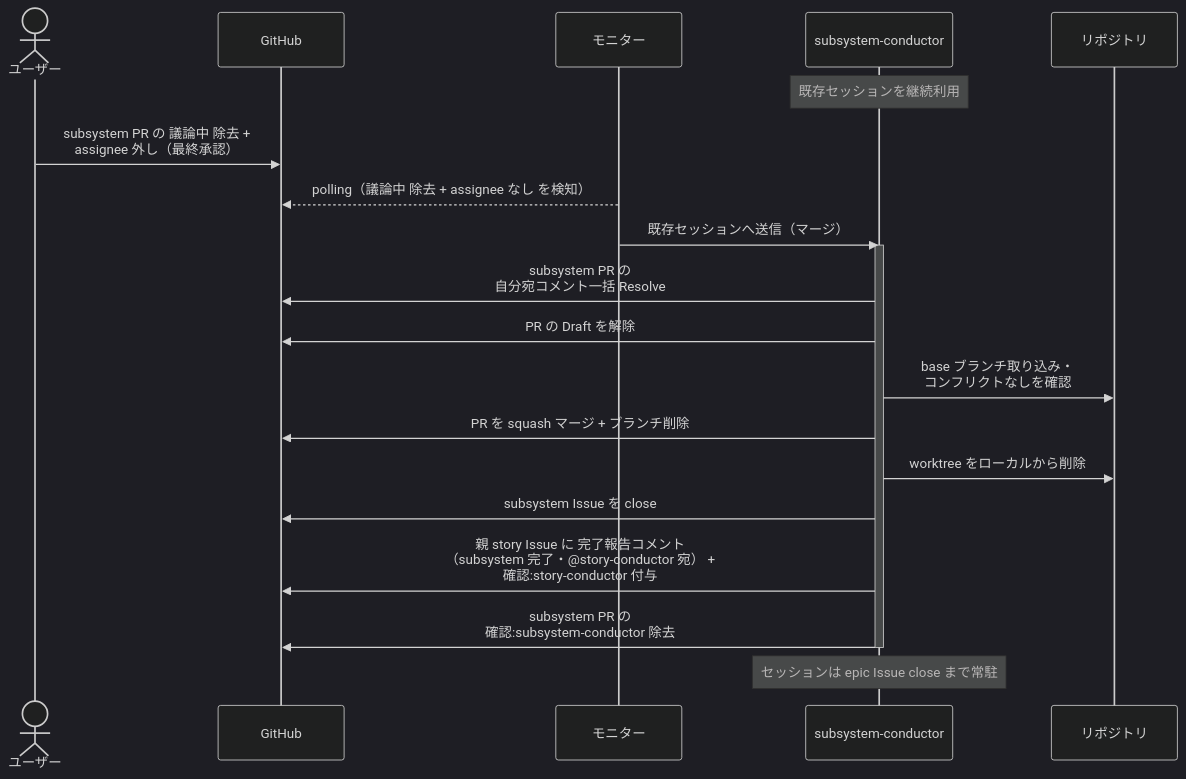
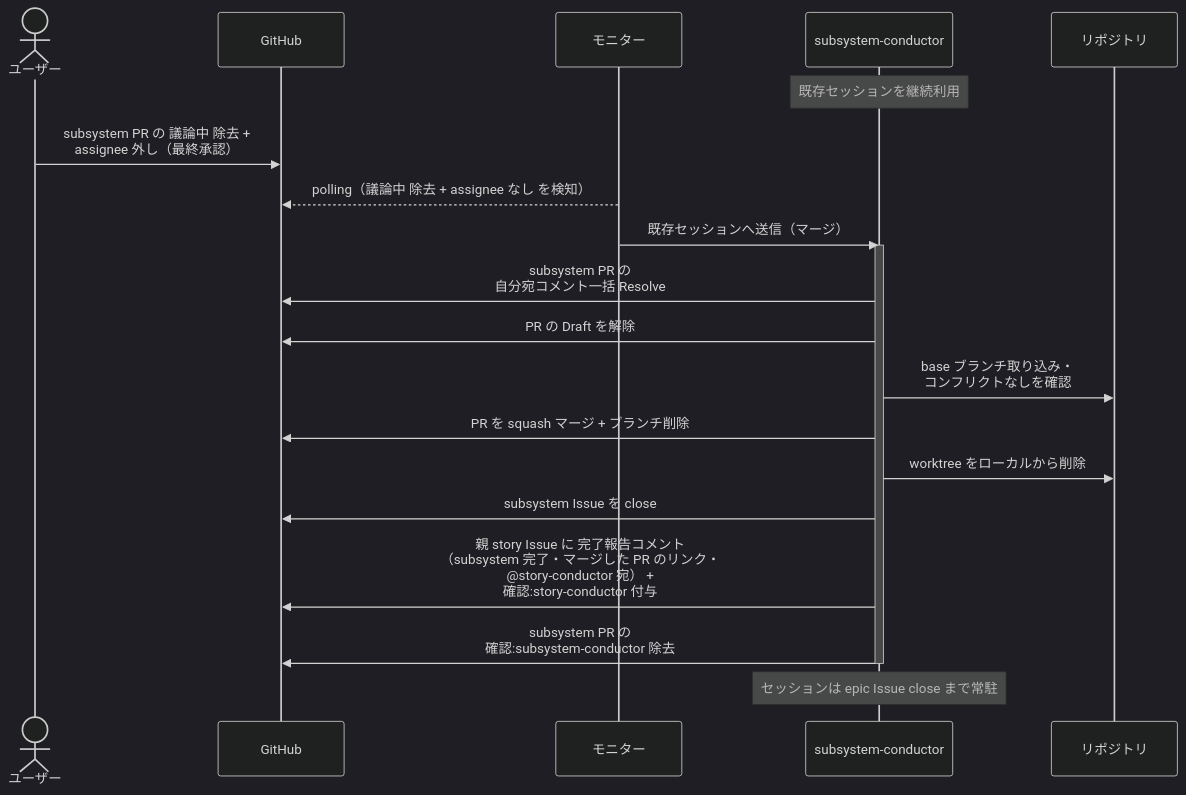
Before and after one commit to shuhei1101/ai-monitor: the first of 6 diagrams in docs/wiki/設計図/シナリオ/単一ユースケース/マージ.md, drawn with Mermaid (dark theme). The commit also changed other lines of this file and 9 other files, not shown here.

````diff
--- a/docs/wiki/設計図/シナリオ/単一ユースケース/マージ.md
+++ b/docs/wiki/設計図/シナリオ/単一ユースケース/マージ.md
@@ -28,24 +28,24 @@
 ```mermaid
 sequenceDiagram
   actor U as ユーザー
   participant GH as GitHub
   participant ORC as モニター
   participant MON as subsystem-conductor
   participant REPO as リポジトリ
 
   Note over MON: 既存セッションを継続利用
   U->>GH: subsystem PR の 議論中 除去 +<br>assignee 外し（最終承認）
   ORC-->>GH: polling（議論中 除去 + assignee なし を検知）
   ORC->>MON: 既存セッションへ送信（マージ）
   activate MON
   MON->>GH: subsystem PR の<br>自分宛コメント一括 Resolve
   MON->>GH: PR の Draft を解除
   MON->>REPO: base ブランチ取り込み・<br>コンフリクトなしを確認
   MON->>GH: PR を squash マージ + ブランチ削除
   MON->>REPO: worktree をローカルから削除
   MON->>GH: subsystem Issue を close
-  MON->>GH: 親 story Issue に 完了報告コメント<br>（subsystem 完了・@story-conductor 宛） +<br>確認:story-conductor 付与
+  MON->>GH: 親 story Issue に 完了報告コメント<br>（subsystem 完了・マージした PR のリンク・<br>@story-conductor 宛） +<br>確認:story-conductor 付与
   MON->>GH: subsystem PR の<br>確認:subsystem-conductor 除去
   deactivate MON
   Note over MON: セッションは epic Issue close まで常駐
 ```
````
